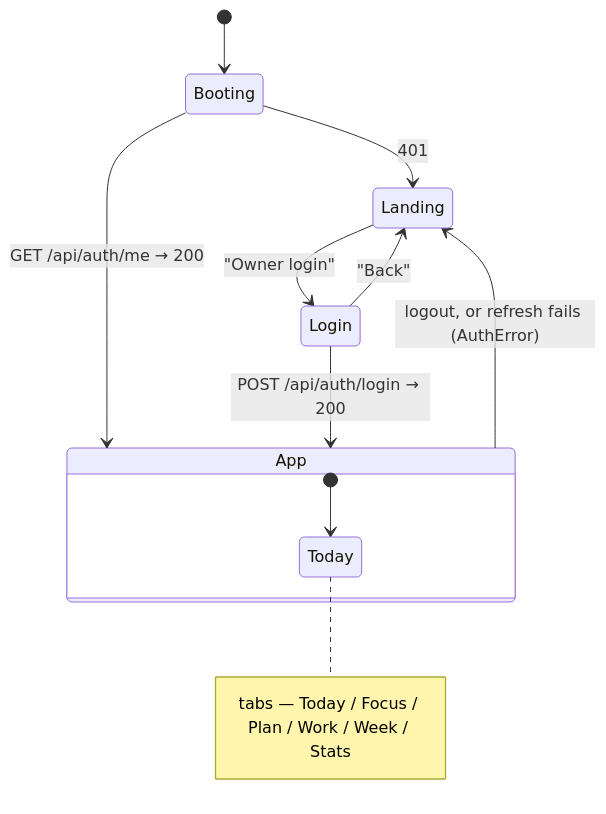
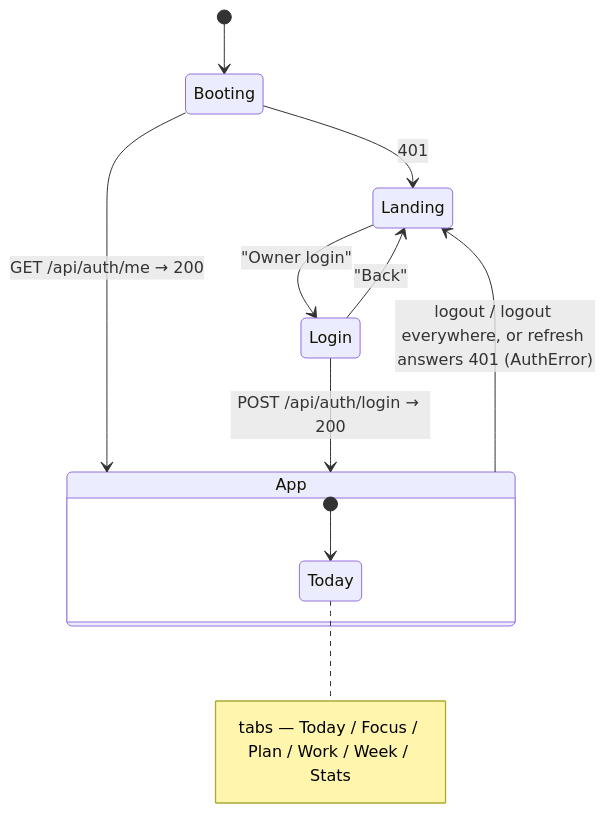
Before and after one commit to caseythecoder90/grindtrack: the first of 2 diagrams in gt2/docs/frontend.md, drawn with Mermaid. The commit also changed other lines of this file and 21 other files, not shown here.

````diff
--- a/gt2/docs/frontend.md
+++ b/gt2/docs/frontend.md
@@ -74,14 +74,14 @@
 ```mermaid
 stateDiagram-v2
     [*] --> Booting
     Booting --> App : GET /api/auth/me → 200
     Booting --> Landing : 401
     Landing --> Login : "Owner login"
     Login --> App : POST /api/auth/login → 200
     Login --> Landing : "Back"
-    App --> Landing : logout, or refresh fails (AuthError)
+    App --> Landing : logout / logout everywhere, or refresh answers 401 (AuthError)
     state App {
         [*] --> Today
         note right of Today : tabs — Today / Focus / Plan / Work / Week / Stats
     }
 ```
````
